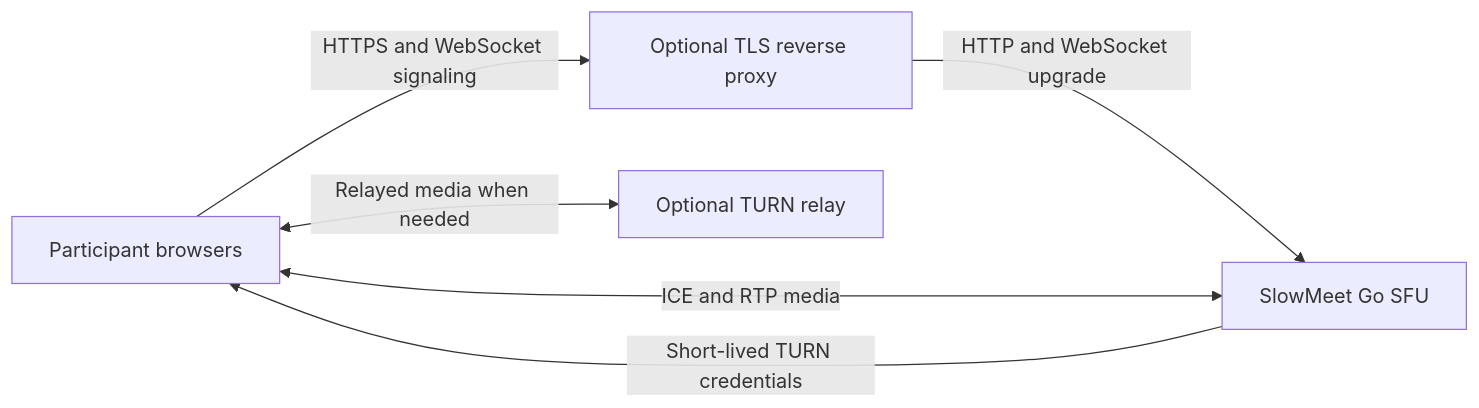
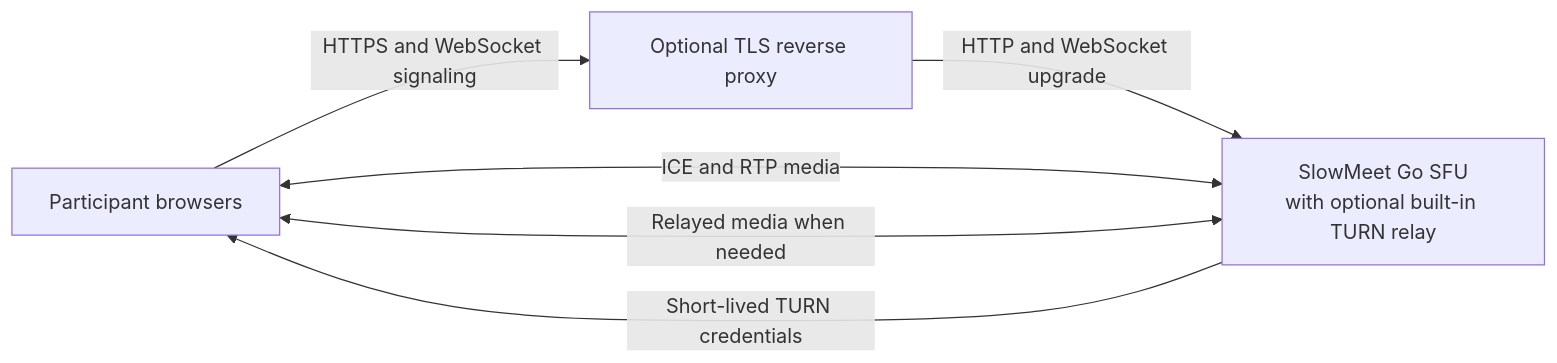
The diagram in README.md (ashkan-esz/SlowMeet), drawn with Mermaid before and after one commit. The commit also changed other lines of this file and 40 other files, not shown here.

````diff
--- a/README.md
+++ b/README.md
@@ -36,13 +37,12 @@
 ```mermaid
 flowchart LR
     Browsers[Participant browsers]
     Proxy[Optional TLS reverse proxy]
-    App[SlowMeet Go SFU]
-    TURN[Optional TURN relay]
+    App[SlowMeet Go SFU<br/>with optional built-in TURN relay]
 
     Browsers -->|HTTPS and WebSocket signaling| Proxy
     Proxy -->|HTTP and WebSocket upgrade| App
     Browsers <-->|ICE and RTP media| App
-    Browsers <-->|Relayed media when needed| TURN
+    Browsers <-->|Relayed media when needed| App
     App -->|Short-lived TURN credentials| Browsers
 ```
````
